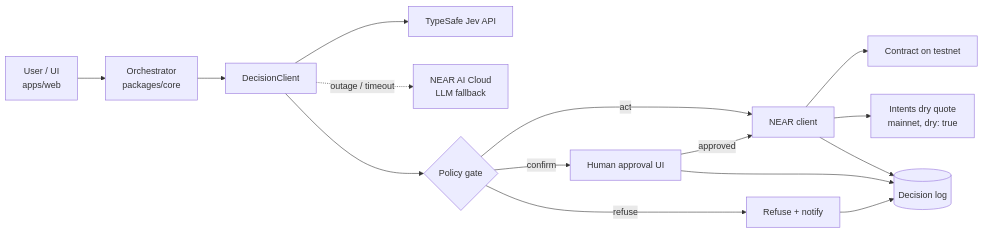
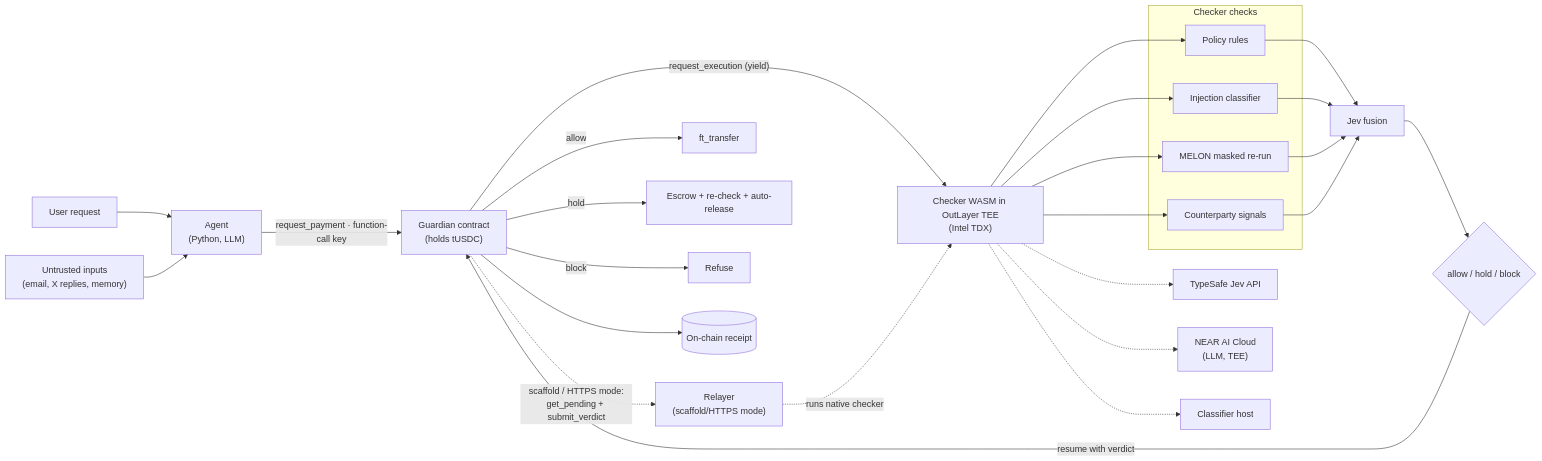
The first of 2 diagrams in docs/build/system-design.md (Jimuelle07/backlogs-near), drawn with Mermaid before and after one commit. The commit also changed other lines of this file and 51 other files, not shown here.

First line of the commit message:
Adopt Attested Payment Firewall: reconcile docs, add Sunday scaffold

````diff
--- a/docs/build/system-design.md
+++ b/docs/build/system-design.md
@@ -11,17 +9,26 @@
 ```mermaid
 flowchart LR
-    UI["User / UI<br/>apps/web"] --> ORCH["Orchestrator<br/>packages/core"]
-    ORCH --> DC["DecisionClient"]
-    DC --> JEV["TypeSafe Jev API"]
-    DC -. "outage / timeout" .-> LLM["NEAR AI Cloud<br/>LLM fallback"]
-    DC --> GATE{"Policy gate"}
-    GATE -- act --> NC["NEAR client"]
-    NC --> CON["Contract on testnet"]
-    NC --> INT["Intents dry quote<br/>mainnet, dry: true"]
-    GATE -- confirm --> HUM["Human approval UI"]
-    HUM -- approved --> NC
-    GATE -- refuse --> REF["Refuse + notify"]
-    NC --> LOG[("Decision log")]
-    HUM --> LOG
-    REF --> LOG
+    U["User request"] --> A
+    X["Untrusted inputs<br/>(email, X replies, memory)"] --> A
+    A["Agent<br/>(Python, LLM)"] -->|"request_payment · function-call key"| G["Guardian contract<br/>(holds tUSDC)"]
+    G -->|"request_execution (yield)"| C["Checker WASM in OutLayer TEE<br/>(Intel TDX)"]
+    G -.->|"scaffold / HTTPS mode:<br/>get_pending + submit_verdict"| R["Relayer<br/>(scaffold/HTTPS mode)"]
+    R -.->|"runs native checker"| C
+    subgraph TEE["Checker checks"]
+        P["Policy rules"]
+        I["Injection classifier"]
+        M["MELON masked re-run"]
+        S["Counterparty signals"]
+    end
+    C --> P & I & M & S
+    P & I & M & S --> J["Jev fusion"]
+    J --> D{"allow / hold / block"}
+    D -->|"resume with verdict"| G
+    C -.-> JEV["TypeSafe Jev API"]
+    C -.-> LLM["NEAR AI Cloud<br/>(LLM, TEE)"]
+    C -.-> CL["Classifier host"]
+    G -->|allow| T["ft_transfer"]
+    G -->|hold| H["Escrow + re-check + auto-release"]
+    G -->|block| F["Refuse"]
+    G --> RC[("On-chain receipt")]
 ```
````
